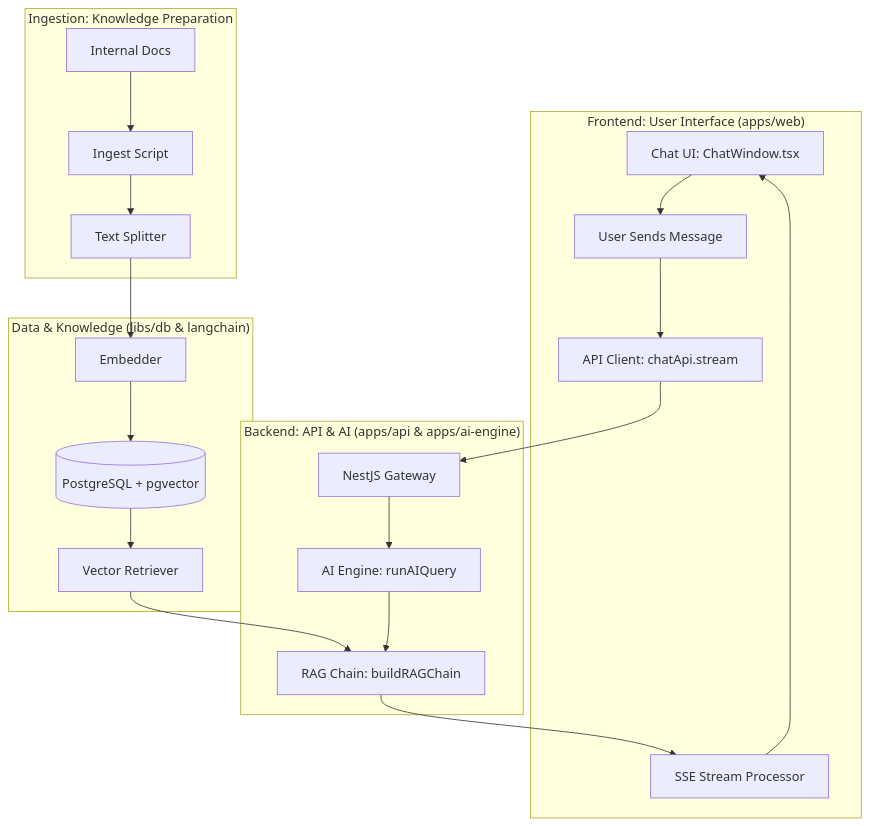
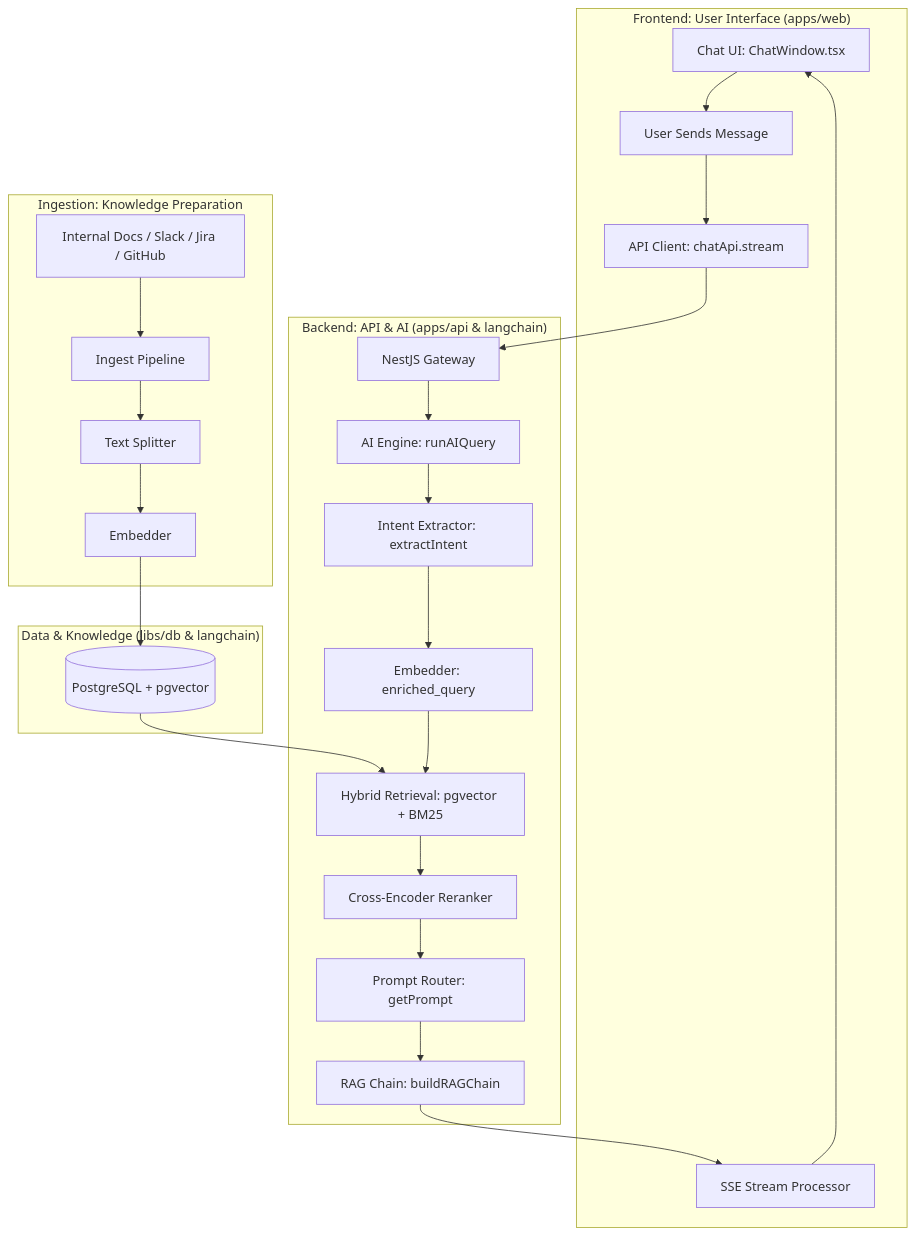
Before and after one commit to must-ibukun/must-iq: the diagram in doc/ai_ingestion_flow.md, drawn with Mermaid. The commit also changed other lines of this file and 9 other files, not shown here.

````diff
--- a/doc/ai_ingestion_flow.md
+++ b/doc/ai_ingestion_flow.md
@@ -7,27 +7,32 @@
 ```mermaid
 graph TD
     subgraph "Frontend: User Interface (apps/web)"
         UI[Chat UI: ChatWindow.tsx] --> Action[User Sends Message]
         Action --> API_Client[API Client: chatApi.stream]
         Stream[SSE Stream Processor] --> UI
     end
 
-    subgraph "Backend: API & AI (apps/api & apps/ai-engine)"
+    subgraph "Backend: API & AI (apps/api & langchain)"
         API_Client --> Gateway[NestJS Gateway]
         Gateway --> Engine[AI Engine: runAIQuery]
-        Engine --> RAG[RAG Chain: buildRAGChain]
+        Engine --> IntentExtractor[Intent Extractor: extractIntent]
+        IntentExtractor --> Embed[Embedder: enriched_query]
+        Embed --> Retrieval[Hybrid Retrieval: pgvector + BM25]
+        Retrieval --> Reranker[Cross-Encoder Reranker]
+        Reranker --> PromptRouter[Prompt Router: getPrompt]
+        PromptRouter --> RAG[RAG Chain: buildRAGChain]
         RAG --> Stream
     end
 
     subgraph "Data & Knowledge (libs/db & langchain)"
-        Embed[Embedder] --> DB[(PostgreSQL + pgvector)]
-        DB --> Retriever[Vector Retriever]
-        Retriever --> RAG
+        DB[(PostgreSQL + pgvector)]
+        DB --> Retrieval
     end
 
     subgraph "Ingestion: Knowledge Preparation"
-        Files[Internal Docs] --> Ingest[Ingest Script]
+        Files[Internal Docs / Slack / Jira / GitHub] --> Ingest[Ingest Pipeline]
         Ingest --> Split[Text Splitter]
-        Split --> Embed
+        Split --> EmbedStore[Embedder]
+        EmbedStore --> DB
     end
 ```
````
